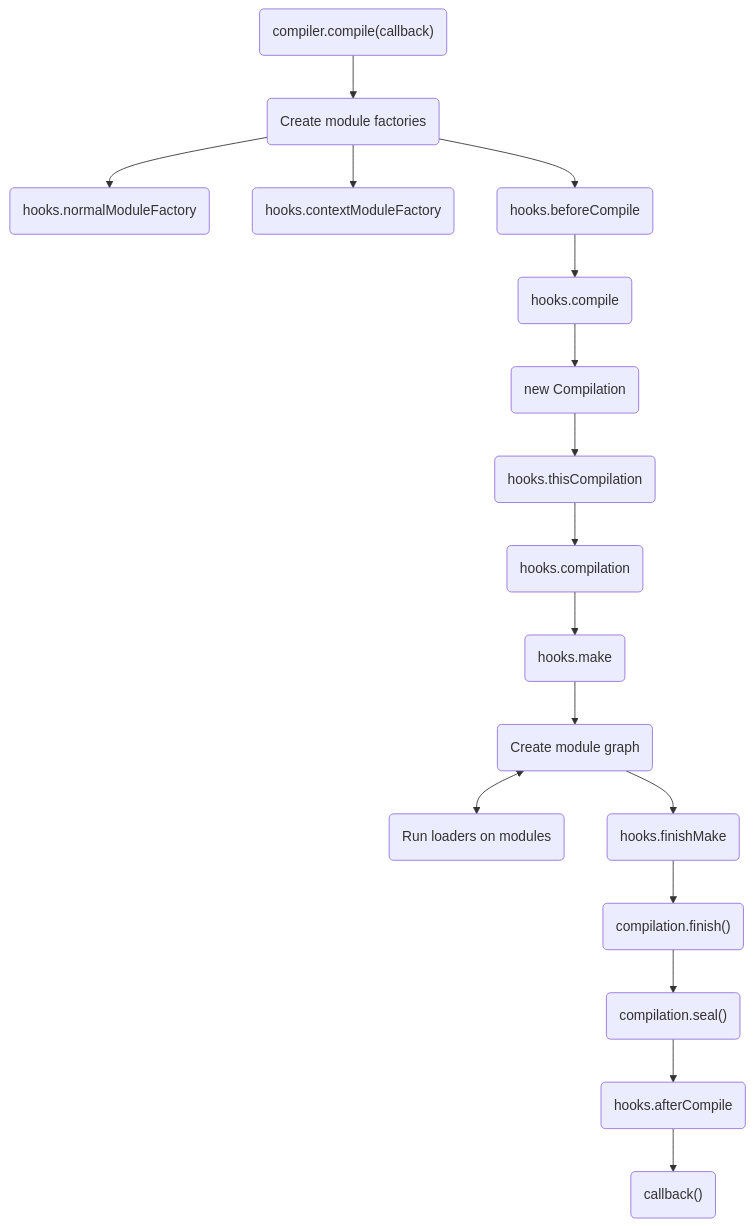
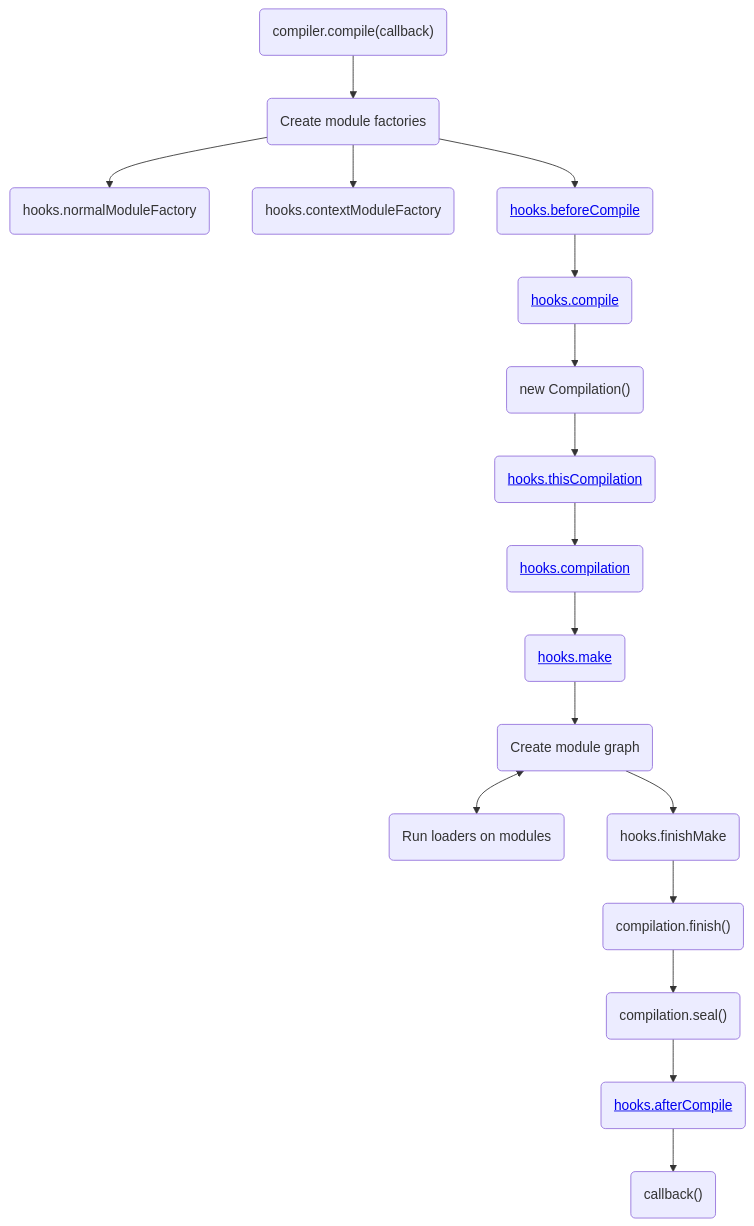
Before and after one commit to web-infra-dev/rspack: the second of 3 diagrams in website/docs/en/api/plugin-api/compiler-hooks.mdx, drawn with Mermaid. The commit also changed other lines of this file and 3 other files, not shown here.

Commit message:
docs: add overview flow chart for compiler hooks

`````diff
--- a/website/docs/en/api/plugin-api/compiler-hooks.mdx
+++ b/website/docs/en/api/plugin-api/compiler-hooks.mdx
@@ -65,19 +41,25 @@
 ```mermaid
 flowchart TD
   Compile("compiler.compile(callback)") --> CompilationParams("Create module factories")
   CompilationParams --> HookNormalModuleFactory(hooks.normalModuleFactory)
   CompilationParams --> HookContextModuleFactory(hooks.contextModuleFactory)
-  CompilationParams --> HookBeforeCompile(hooks.beforeCompile)
-  HookBeforeCompile --> HookCompile(hooks.compile)
-  HookCompile --> Compilation("new Compilation")
-  Compilation --> HookThisCompilation(hooks.thisCompilation)
-  HookThisCompilation --> HookCompilation(hooks.compilation)
-  HookCompilation --> HookMake(hooks.make)
+  CompilationParams --> HookBeforeCompile(<a href="#beforecompile">hooks.beforeCompile</a>)
+  HookBeforeCompile --> HookCompile(<a href="#compile">hooks.compile</a>)
+  HookCompile --> Compilation("new Compilation()")
+  Compilation --> HookThisCompilation(<a href="#thiscompilation">hooks.thisCompilation</a>)
+  HookThisCompilation --> HookCompilation(<a href="#compilation">hooks.compilation</a>)
+  HookCompilation --> HookMake(<a href="#make">hooks.make</a>)
   HookMake --> CreateModuleGraph(Create module graph)
   CreateModuleGraph <--> RunLoaders(Run loaders on modules)
   CreateModuleGraph --> HookFinishMake(hooks.finishMake)
   HookFinishMake --> CompilationFinish("compilation.finish()")
   CompilationFinish --> CompilationSeal("compilation.seal()")
-  CompilationSeal --> HookAfterCompile(hooks.afterCompile)
+  CompilationSeal --> HookAfterCompile(<a href="#aftercompile">hooks.afterCompile</a>)
   HookAfterCompile --> Callback("callback()")
-```
+
+class Compile flow-start
+class Callback,CloseCallback flow-end
+class CompilationParams,Compilation,CreateModuleGraph,RunLoaders,CompilationFinish,CompilationSeal flow-process
+class HookBeforeCompile,HookCompile,HookThisCompilation,HookCompilation,HookMake,HookAfterCompile flow-hook
+class HookNormalModuleFactory,HookContextModuleFactory,HookFinishMake flow-hook-non-support
+````
`````
